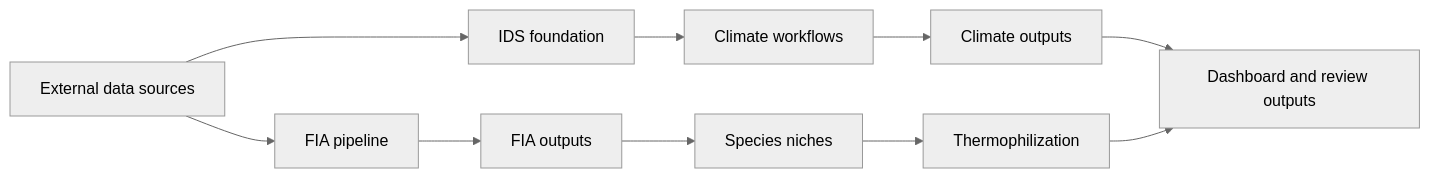
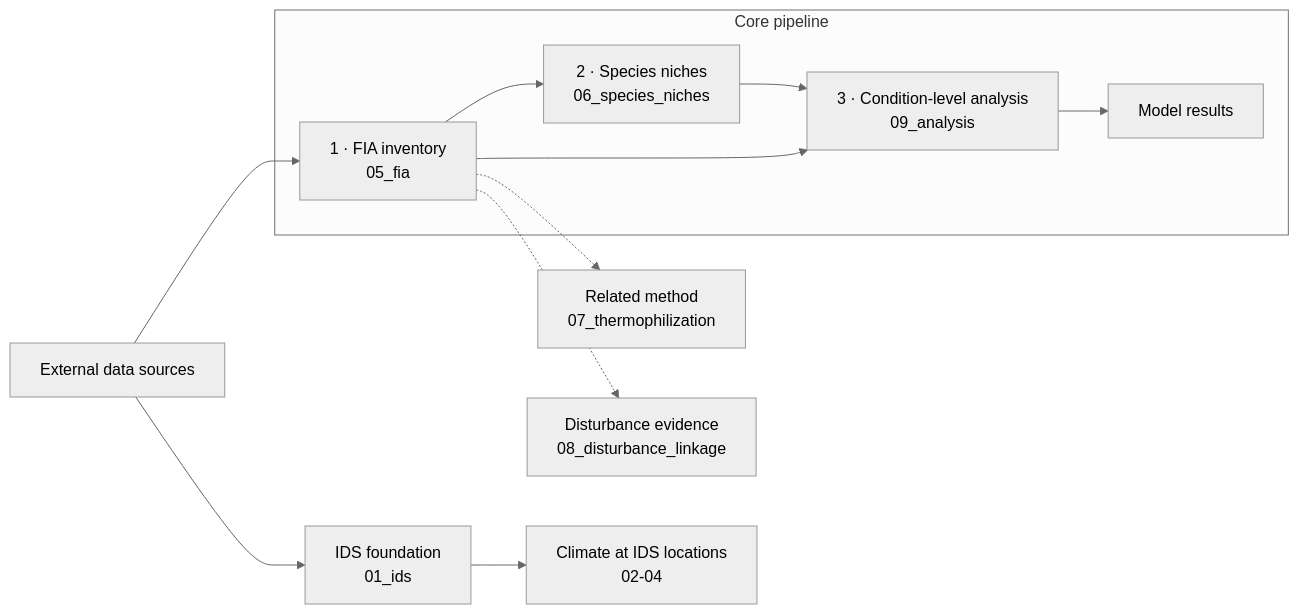
The diagram in README.md (rellimylime/forest-data-compilation), drawn with Mermaid (neutral theme) before and after one commit. The commit also changed other lines of this file and 7 other files, not shown here.

First line of the commit message:
Reframe documentation around the core analysis pipeline

````diff
--- a/README.md
+++ b/README.md
@@ -56,12 +56,14 @@
 ```mermaid
 flowchart LR
-  A[External data sources] --> B[IDS foundation]
-  A --> C[FIA pipeline]
-  B --> D[Climate workflows]
-  D --> E[Climate outputs]
-  C --> F[FIA outputs]
-  F --> G[Species niches]
-  G --> H[Thermophilization]
-  E --> I[Dashboard and review outputs]
-  H --> I
+  subgraph core[Core pipeline]
+    C[1 · FIA inventory<br/>05_fia] --> G[2 · Species niches<br/>06_species_niches]
+    C --> H[3 · Condition-level analysis<br/>09_analysis]
+    G --> H
+    H --> R[Model results]
+  end
+  A[External data sources] --> C
+  A --> B[IDS foundation<br/>01_ids]
+  B --> D[Climate at IDS locations<br/>02-04]
+  C -.-> T[Related method<br/>07_thermophilization]
+  C -.-> L[Disturbance evidence<br/>08_disturbance_linkage]
 ```
````
